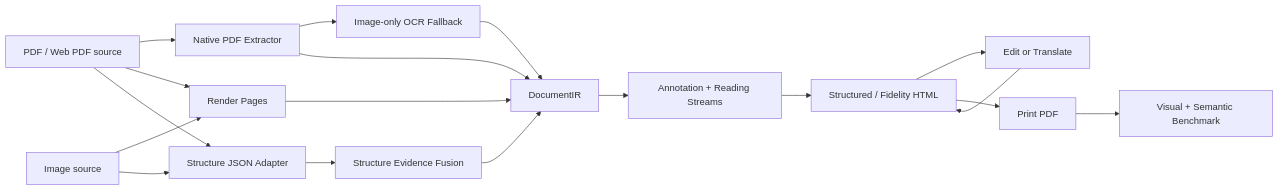
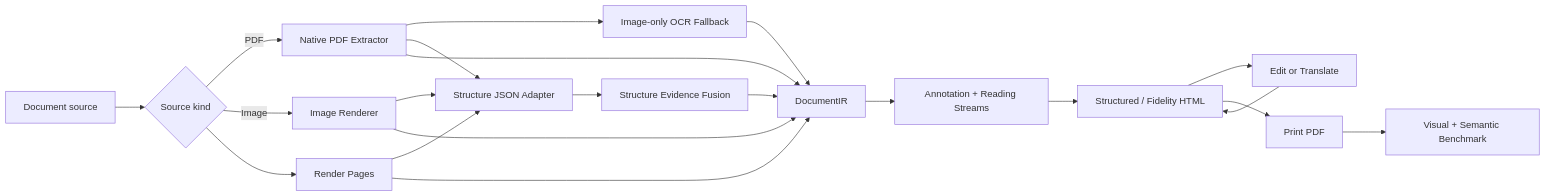
Before and after one commit to followcat/Scriptorium: the diagram in README.en.md, drawn with Mermaid. The commit also changed other lines of this file and 8 other files, not shown here.

````diff
--- a/README.en.md
+++ b/README.en.md
@@ -134,20 +135,23 @@
 ```mermaid
 flowchart LR
-  A[PDF / Web PDF source] --> B[Native PDF Extractor]
-  M[Image source] --> C[Render Pages]
-  M --> E[OCR / Structure JSON Adapter]
-  A --> C[Render Pages]
+  S[Document source] --> A{Source kind}
+  A -->|PDF| B[Native PDF Extractor]
+  A -->|Image| C[Image Renderer]
+  A --> C2[Render Pages]
+  C --> E[OCR / Structure JSON Adapter]
+  C2 --> E
   B --> D[Image-only OCR Fallback]
-  A --> E[Structure JSON Adapter]
+  B --> E[Structure JSON Adapter]
   E --> F[Structure Evidence Fusion]
   B --> G[DocumentIR]
   C --> G
+  C2 --> G
   D --> G
   F --> G
   G --> H[Annotation + Reading Streams]
   H --> I[Structured / Fidelity HTML]
   I --> J[Edit or Translate]
   J --> I
   I --> K[Print PDF]
   K --> L[Visual + Semantic Benchmark]
 ```
````
